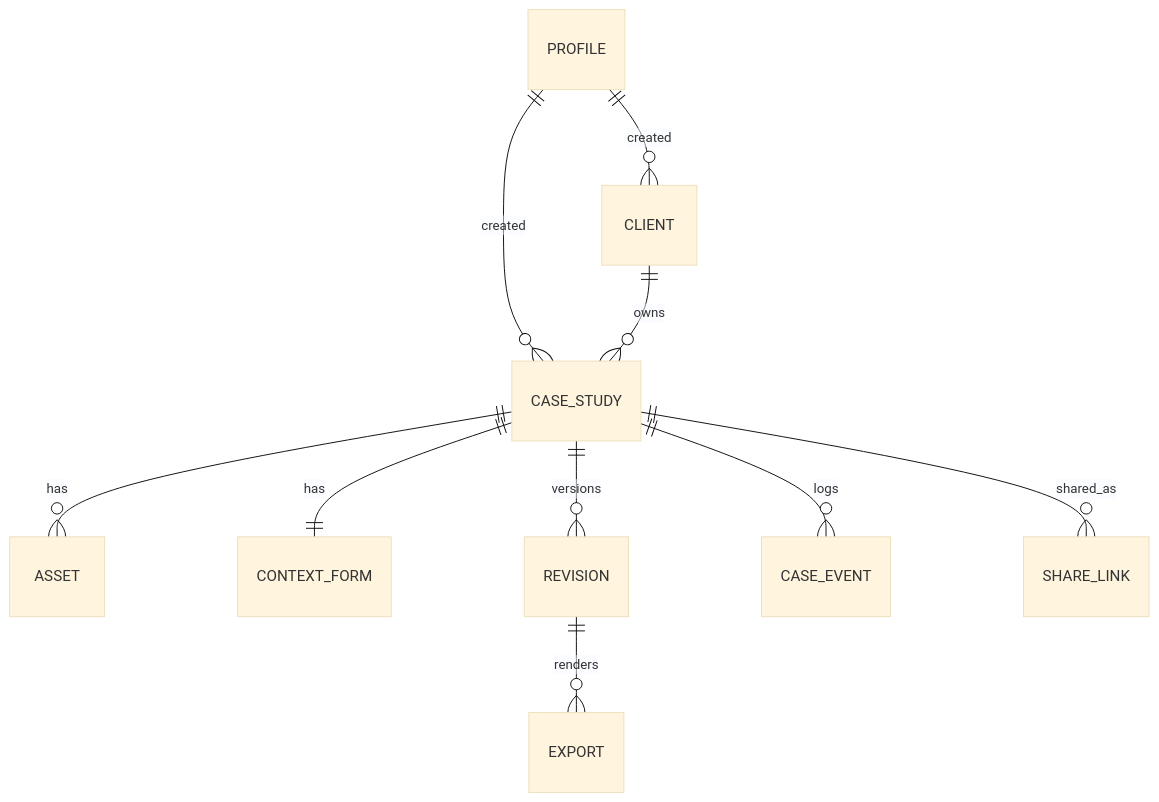
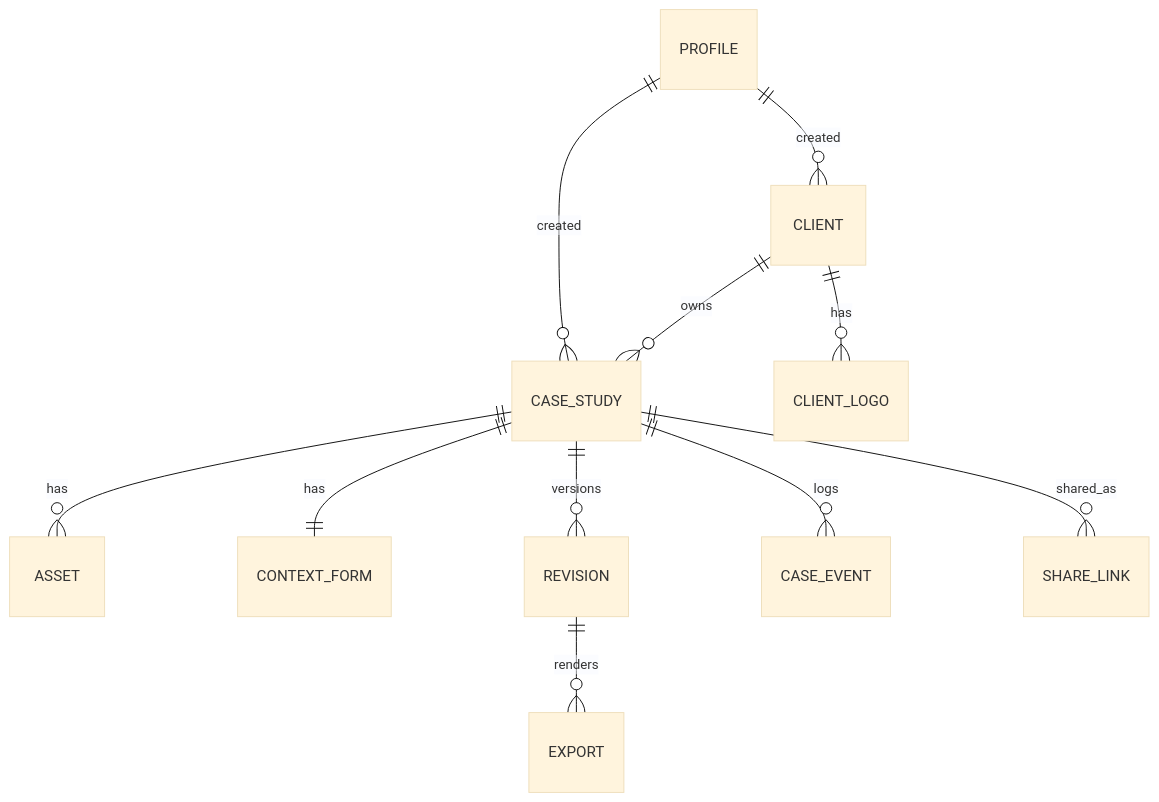
The fourth of 5 diagrams in _bmad-output/planning-artifacts/architecture/architecture-MAC Recap-2026-10-08/ARCHITECTURE-SPINE.md (mac-sonja/mac-recap), drawn with Mermaid (base theme) before and after one commit. The commit also changed other lines of this file and 7 other files, not shown here.

````diff
--- a/_bmad-output/planning-artifacts/architecture/architecture-MAC Recap-2026-10-08/ARCHITECTURE-SPINE.md
+++ b/_bmad-output/planning-artifacts/architecture/architecture-MAC Recap-2026-10-08/ARCHITECTURE-SPINE.md
@@ -390,14 +404,16 @@
 ```mermaid
 erDiagram
   PROFILE ||--o{ CASE_STUDY : created
   PROFILE ||--o{ CLIENT : created
   CLIENT ||--o{ CASE_STUDY : owns
+  CLIENT ||--o{ CLIENT_LOGO : has
+  %% CLIENT.logo_id -> current CLIENT_LOGO (AD-22)
   %% CASE_STUDY carries code + number (AD-21)
   CASE_STUDY ||--o{ ASSET : has
   %% ASSET carries is_favourite (boolean, default false; images and videos only, AD-14)
   CASE_STUDY ||--|| CONTEXT_FORM : has
   CASE_STUDY ||--o{ REVISION : versions
   CASE_STUDY ||--o{ CASE_EVENT : logs
   CASE_STUDY ||--o{ SHARE_LINK : shared_as
   REVISION ||--o{ EXPORT : renders
 ```
````
